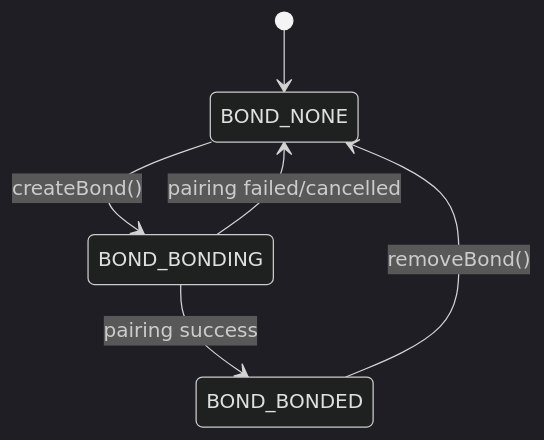
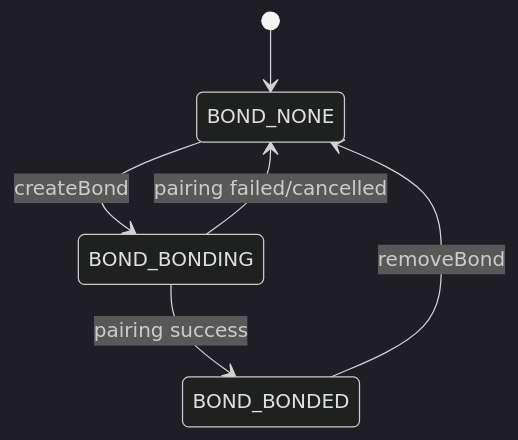
One commit to fwrite0920/aosp-internal-book changed diagram 19 of 22 in 37-bluetooth.md. Above: the diagram before and after it, drawn with Mermaid (dark theme). The commit also changed other lines of this file and 13 other files, not shown here.

First line of the commit message:
Fix Mermaid diagrams and formatting in Parts VII-VIII (chapters 26-39)

````diff
--- a/37-bluetooth.md
+++ b/37-bluetooth.md
@@ -2050,8 +2050,8 @@
 ```mermaid
 stateDiagram-v2
     [*] --> BOND_NONE
-    BOND_NONE --> BOND_BONDING : createBond()
+    BOND_NONE --> BOND_BONDING : createBond
     BOND_BONDING --> BOND_BONDED : pairing success
     BOND_BONDING --> BOND_NONE : pairing failed/cancelled
-    BOND_BONDED --> BOND_NONE : removeBond()
+    BOND_BONDED --> BOND_NONE : removeBond
 ```
````
